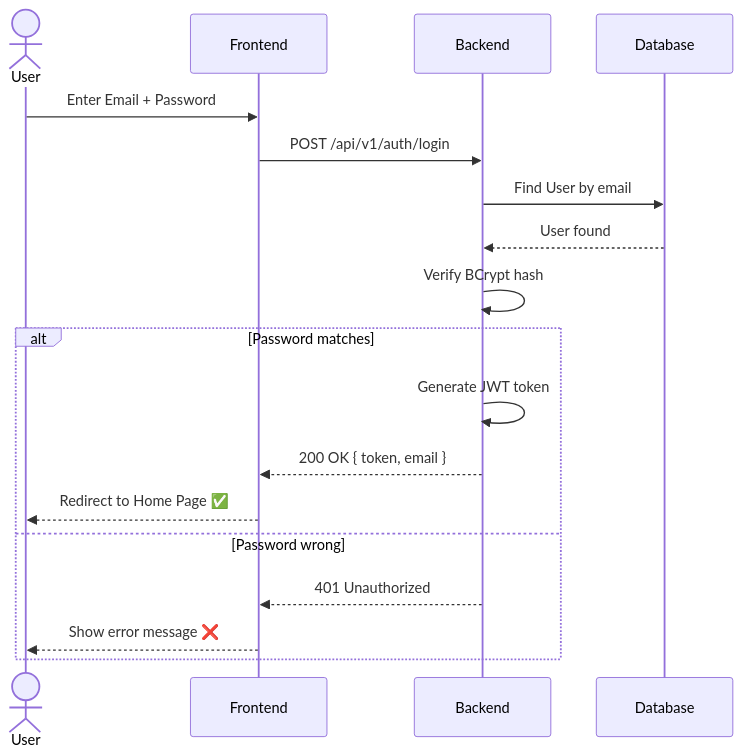
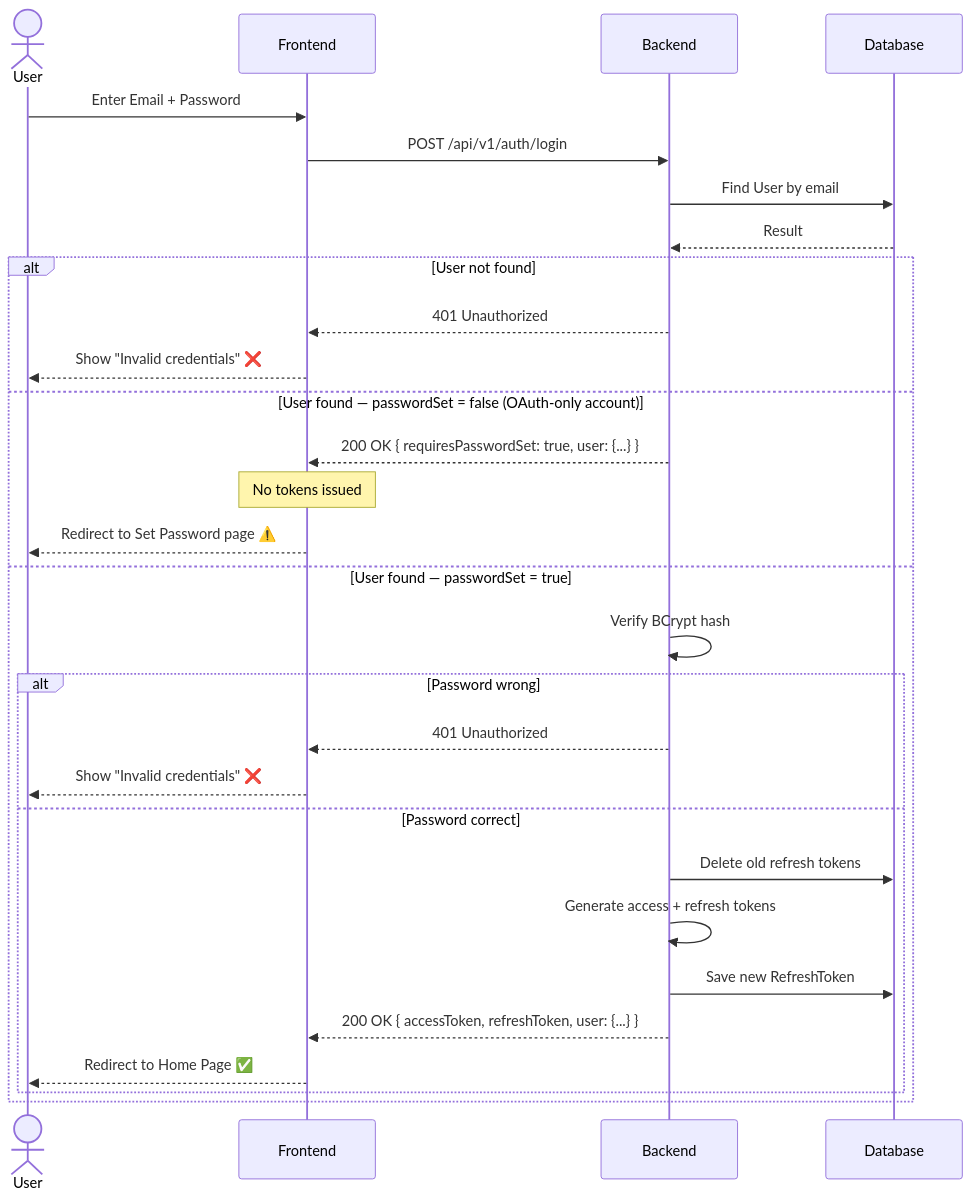
One commit to akash-beura/login-system changed the second of 7 diagrams in docs/backend-readme.md. Above: the diagram before and after it, drawn with Mermaid. The commit also changed other lines of this file, not shown here.

Commit message:
update backend readme

````diff
--- a/docs/backend-readme.md
+++ b/docs/backend-readme.md
@@ -438,21 +756,34 @@
 ```mermaid
 sequenceDiagram
     actor User
     participant Frontend
     participant Backend
     participant Database
 
     User->>Frontend: Enter Email + Password
     Frontend->>Backend: POST /api/v1/auth/login
+
     Backend->>Database: Find User by email
-    Database-->>Backend: User found
-    Backend->>Backend: Verify BCrypt hash
-    alt Password matches
-        Backend->>Backend: Generate JWT token
-        Backend-->>Frontend: 200 OK { token, email }
-        Frontend-->>User: Redirect to Home Page ✅
-    else Password wrong
+    Database-->>Backend: Result
+
+    alt User not found
         Backend-->>Frontend: 401 Unauthorized
-        Frontend-->>User: Show error message ❌
+        Frontend-->>User: Show "Invalid credentials" ❌
+    else User found — passwordSet = false (OAuth-only account)
+        Backend-->>Frontend: 200 OK { requiresPasswordSet: true, user: {...} }
+        Note over Frontend: No tokens issued
+        Frontend-->>User: Redirect to Set Password page ⚠️
+    else User found — passwordSet = true
+        Backend->>Backend: Verify BCrypt hash
+        alt Password wrong
+            Backend-->>Frontend: 401 Unauthorized
+            Frontend-->>User: Show "Invalid credentials" ❌
+        else Password correct
+            Backend->>Database: Delete old refresh tokens
+            Backend->>Backend: Generate access + refresh tokens
+            Backend->>Database: Save new RefreshToken
+            Backend-->>Frontend: 200 OK { accessToken, refreshToken, user: {...} }
+            Frontend-->>User: Redirect to Home Page ✅
+        end
     end
 ```
````
